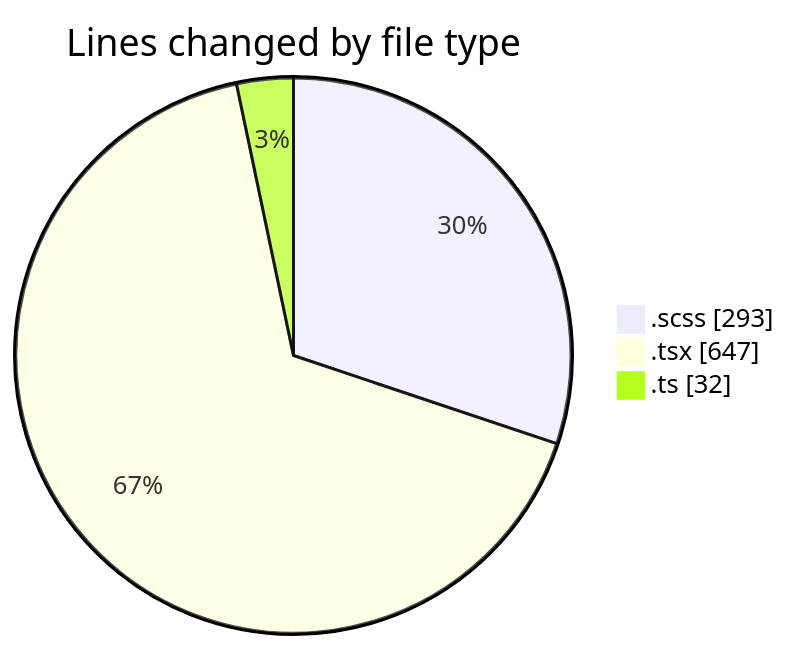
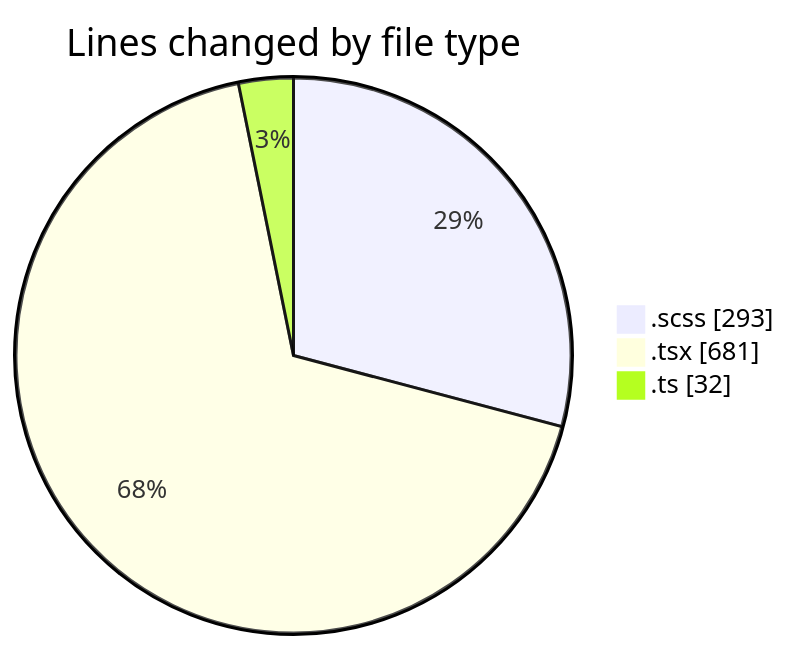
The first of 2 diagrams in 2025-03-04/cda/README.md (momahboobian/code-tracking), drawn with Mermaid before and after one commit. The commit also changed other lines of this file and 1 other file, not shown here.

````diff
--- a/2025-03-04/cda/README.md
+++ b/2025-03-04/cda/README.md
@@ -25,7 +25,7 @@
 ```mermaid
 pie showData
 title Lines changed by file type
 ".scss" : 293
-".tsx" : 647
+".tsx" : 681
 ".ts" : 32
 ```
````
